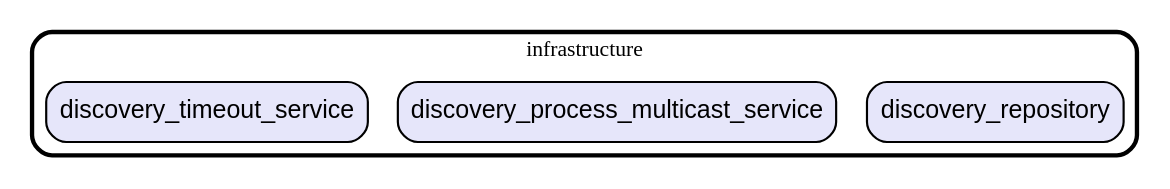
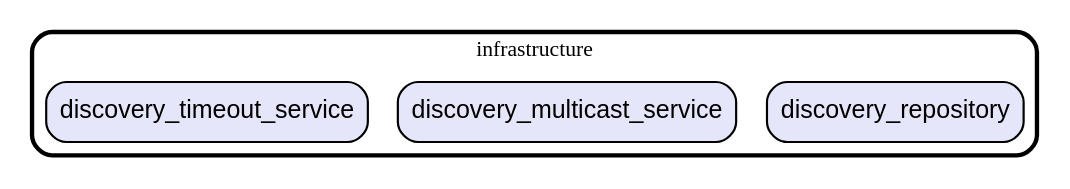
One commit to gev/reacthome-mobile changed the diagram in graph/lib/features/discovery/infrastructure.dot. Above: the diagram before and after it, drawn with Graphviz. The commit also changed 13 other files, not shown here.

Commit message:
update the modules dependencies graph

```diff
--- a/graph/lib/features/discovery/infrastructure.dot
+++ b/graph/lib/features/discovery/infrastructure.dot
@@ -1,14 +1,14 @@
 digraph "" {
   graph [style=rounded fontname="Arial Black" fontsize=13 penwidth=2.6];
   node [shape=rect style="filled,rounded" fontname=Arial fontsize=15 fillcolor=Lavender penwidth=1.3];
   edge [penwidth=1.3];
   "/discovery_repository.dart" [label="discovery_repository"];
-  "/discovery_process_multicast_service.dart" [label="discovery_process_multicast_service"];
+  "/discovery_multicast_service.dart" [label="discovery_multicast_service"];
   "/discovery_timeout_service.dart" [label="discovery_timeout_service"];
   subgraph "cluster~" {
     label="infrastructure";
     "/discovery_repository.dart";
-    "/discovery_process_multicast_service.dart";
+    "/discovery_multicast_service.dart";
     "/discovery_timeout_service.dart";
   }
 }
```
